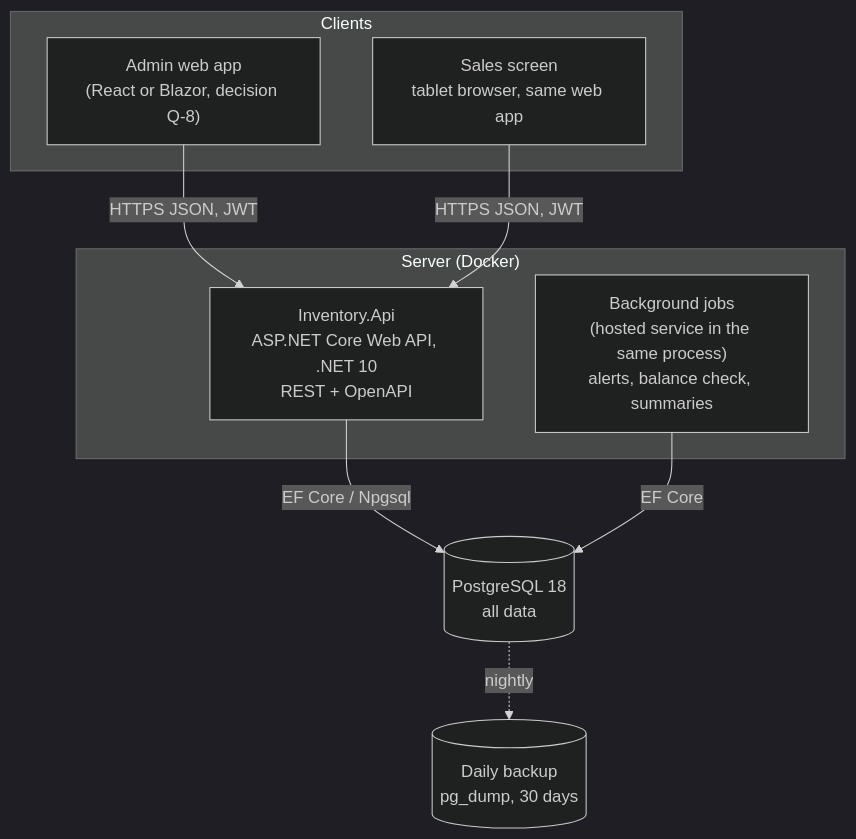
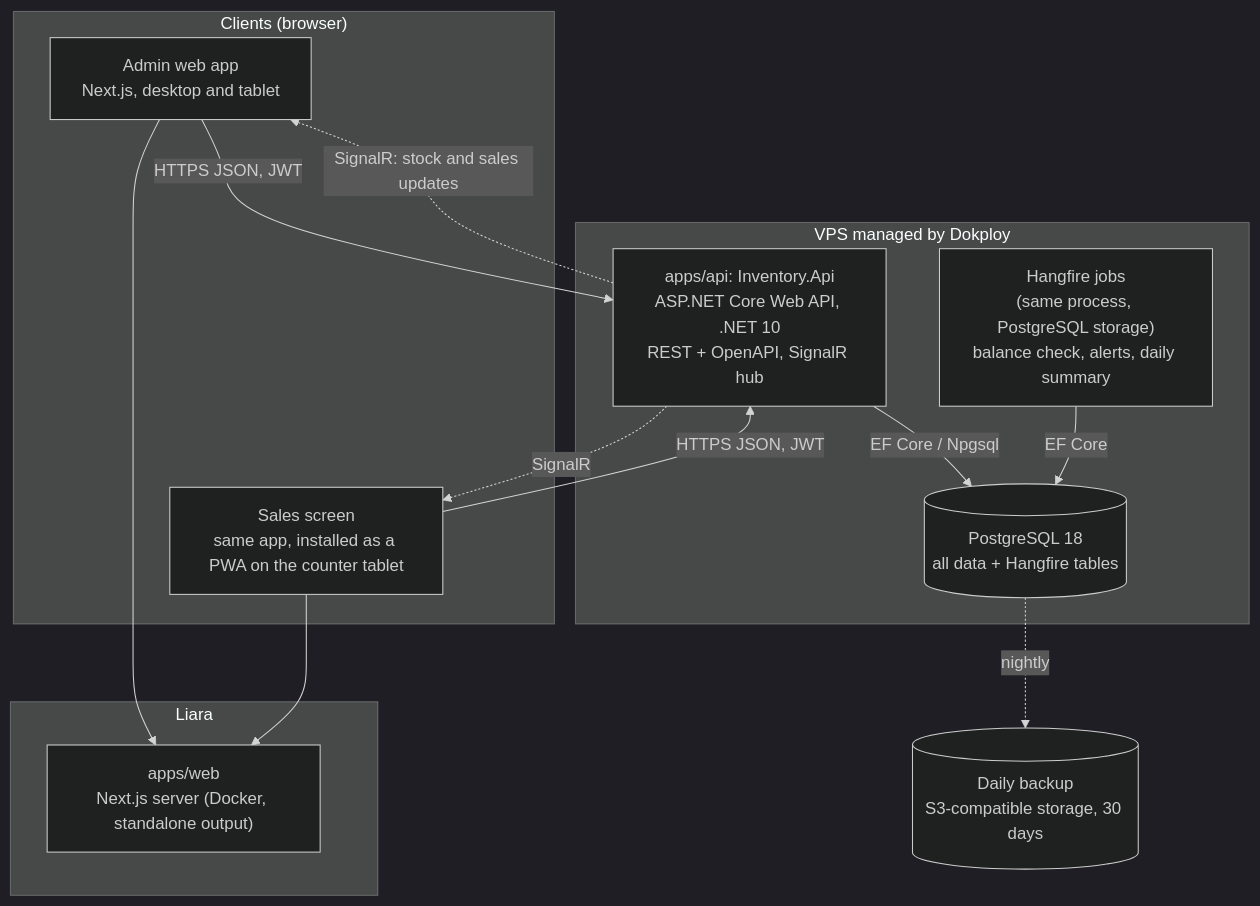
One commit to MahdiMoosavi-dev/Chaayo changed the second of 6 diagrams in docs/02-architecture.md. Above: the diagram before and after it, drawn with Mermaid (dark theme). The commit also changed other lines of this file and 8 other files, not shown here.

First line of the commit message:
docs: adopt Nx + Next.js + Dokploy/Liara stack (ADR-018)

````diff
--- a/docs/02-architecture.md
+++ b/docs/02-architecture.md
@@ -29,21 +29,29 @@
 ```mermaid
 flowchart TB
-    subgraph clients ["Clients"]
-        web["Admin web app<br/>(React or Blazor, decision Q-8)"]
-        pos["Sales screen<br/>tablet browser, same web app"]
+    subgraph clients ["Clients (browser)"]
+        web["Admin web app<br/>Next.js, desktop and tablet"]
+        pos["Sales screen<br/>same app, installed as a PWA on the counter tablet"]
     end
 
-    subgraph server ["Server (Docker)"]
-        api["Inventory.Api<br/>ASP.NET Core Web API, .NET 10<br/>REST + OpenAPI"]
-        worker["Background jobs<br/>(hosted service in the same process)<br/>alerts, balance check, summaries"]
+    subgraph liara ["Liara"]
+        next["apps/web<br/>Next.js server (Docker, standalone output)"]
     end
 
-    db[("PostgreSQL 18<br/>all data")]
-    backup[("Daily backup<br/>pg_dump, 30 days")]
+    subgraph vps ["VPS managed by Dokploy"]
+        api["apps/api: Inventory.Api<br/>ASP.NET Core Web API, .NET 10<br/>REST + OpenAPI, SignalR hub"]
+        worker["Hangfire jobs<br/>(same process, PostgreSQL storage)<br/>balance check, alerts, daily summary"]
+        db[("PostgreSQL 18<br/>all data + Hangfire tables")]
+    end
 
+    backup[("Daily backup<br/>S3-compatible storage, 30 days")]
+
+    web --> next
+    pos --> next
     web -- "HTTPS JSON, JWT" --> api
     pos -- "HTTPS JSON, JWT" --> api
+    api -. "SignalR: stock and sales updates" .-> web
+    api -. "SignalR" .-> pos
     api -- "EF Core / Npgsql" --> db
     worker -- "EF Core" --> db
     db -. "nightly" .-> backup
 ```
````
